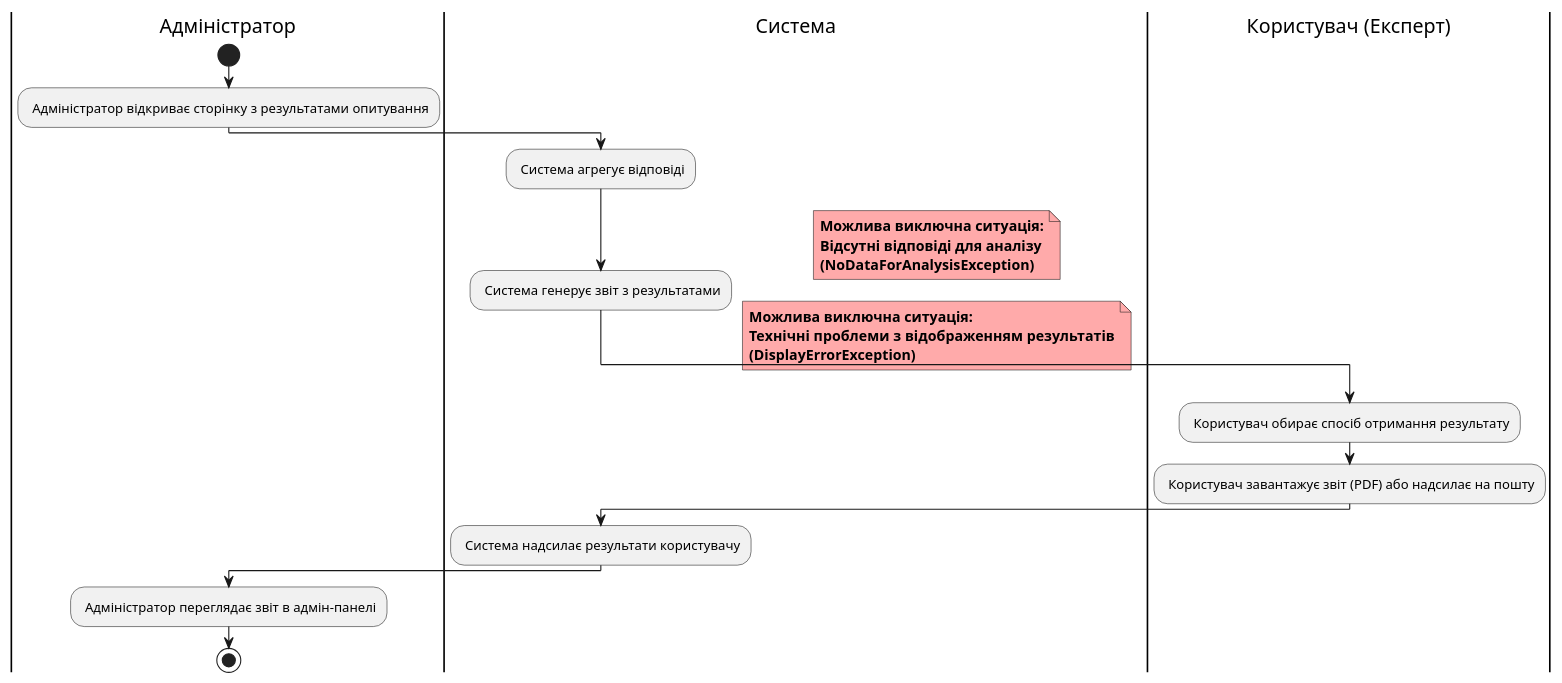
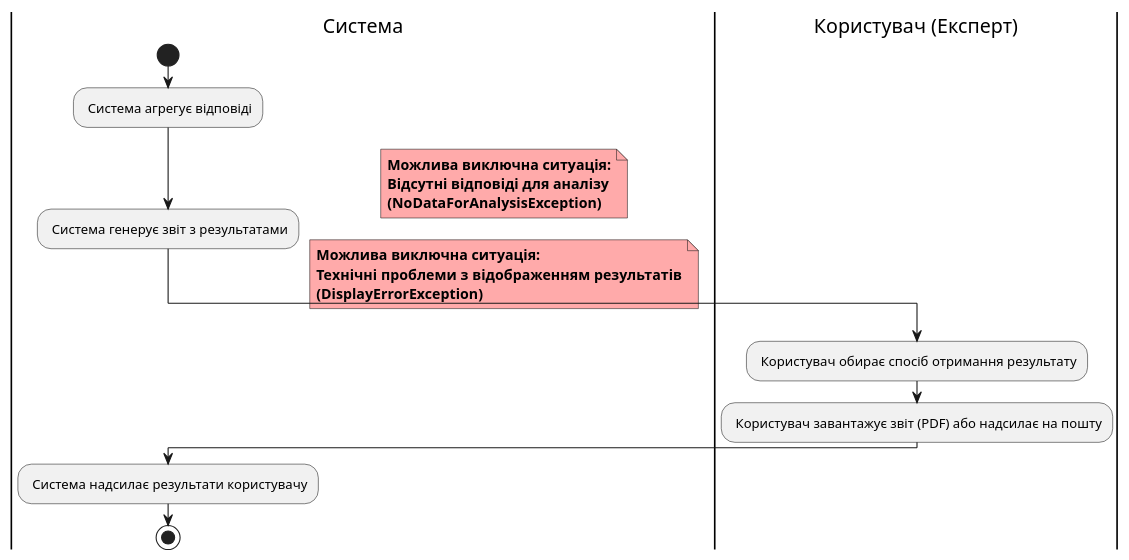
One commit to manabr0w/DB_COURSE_WORK changed the sixth of 6 diagrams in docs/use cases/README.md. Above: the diagram before and after it, drawn with PlantUML.

Commit message:
fixed process 4 diagram

```diff
--- a/docs/use cases/README.md
+++ b/docs/use cases/README.md
@@ -246,35 +246,29 @@
 @startuml
 
-|Адміністратор|
+|Система|
 start
-: Адміністратор відкриває сторінку з результатами опитування;
-
-|Система|
 : Система агрегує відповіді;
 : Система генерує звіт з результатами;
 
 note right #ffaaaa
     <b>Можлива виключна ситуація:</b>
     <b>Відсутні відповіді для аналізу</b>
     <b>(NoDataForAnalysisException)</b>
 end note
 
 note right #ffaaaa
     <b>Можлива виключна ситуація:</b>
     <b>Технічні проблеми з відображенням результатів</b>
     <b>(DisplayErrorException)</b>
 end note
 
 |Користувач (Експерт)|
 : Користувач обирає спосіб отримання результату;
 : Користувач завантажує звіт (PDF) або надсилає на пошту;
 
 |Система|
 : Система надсилає результати користувачу;
 
-|Адміністратор|
-: Адміністратор переглядає звіт в адмін-панелі;
-
 stop
 
 @enduml
```
